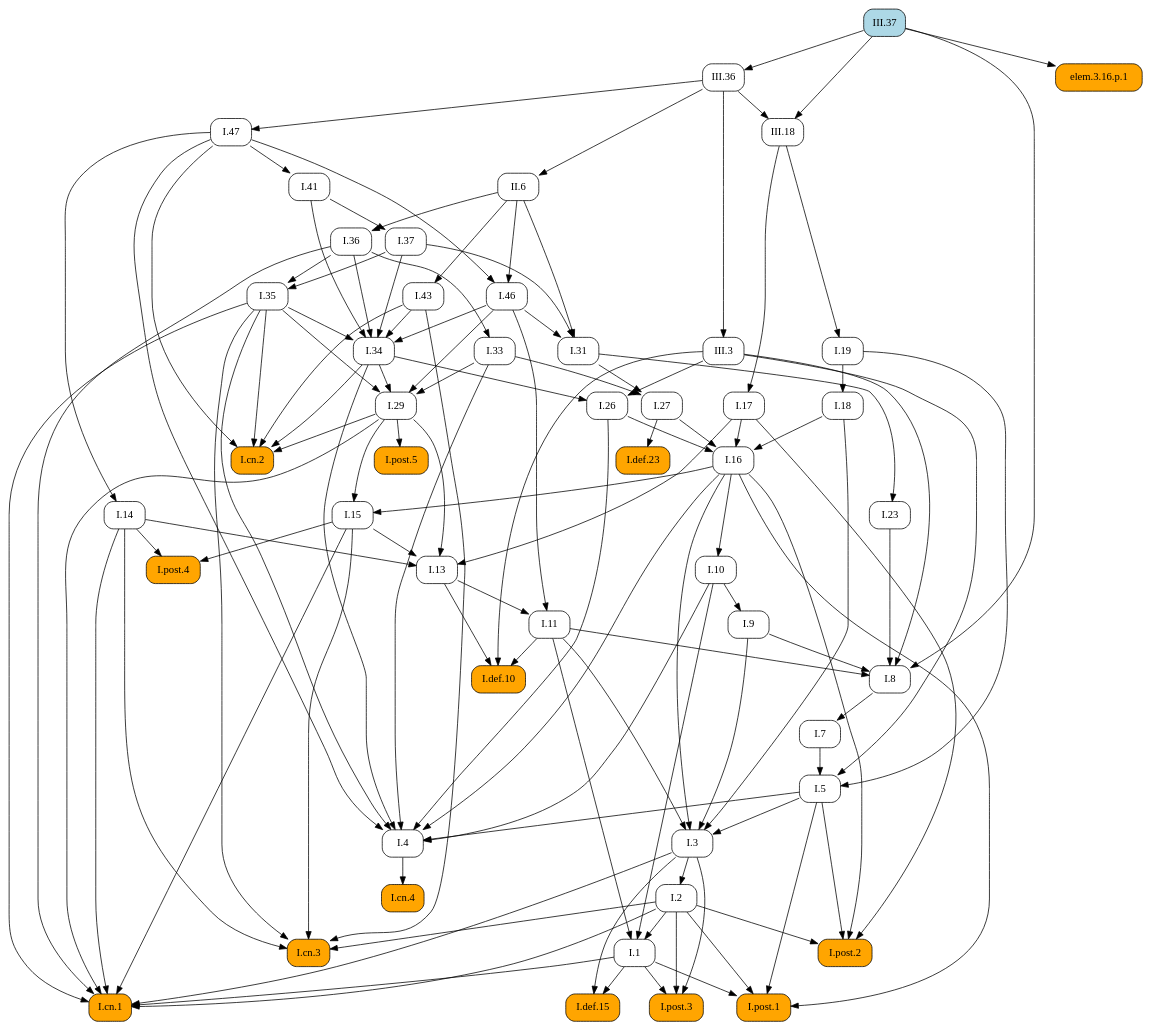
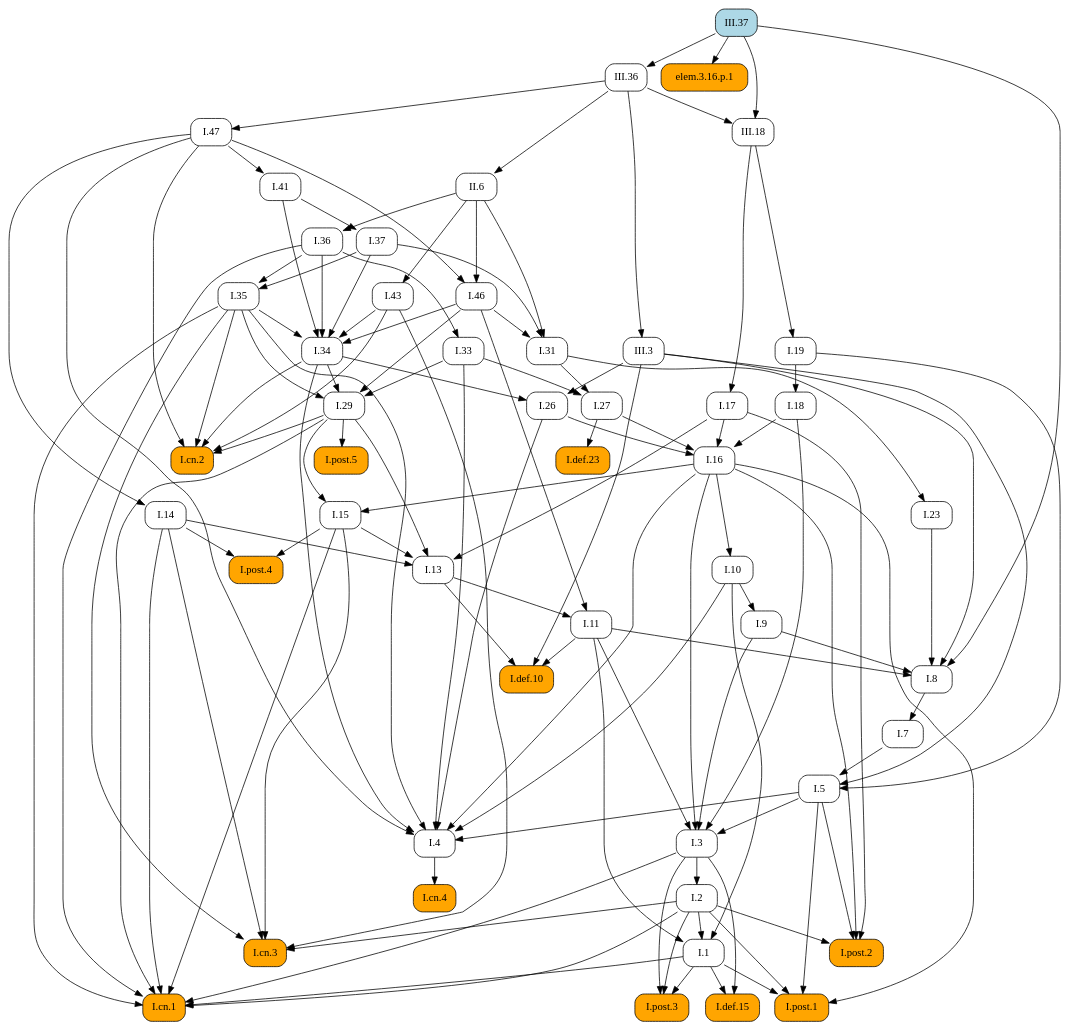
The diagram in docsrc/heath/III/37/index.rst (geometor/elements), drawn with Graphviz before and after one commit. The commit also changed other lines of this file and 1029 other files, not shown here.

```diff
--- a/docsrc/heath/III/37/index.rst
+++ b/docsrc/heath/III/37/index.rst
@@ -71,119 +71,127 @@
    digraph {
      rankdir="TB";
      node [shape=box, style=rounded];
+     "I.def.10" [style="rounded,filled", fillcolor=orange, URL="/heath/I/def.10/", target="_top"];
+     "I.11" [URL="/heath/I/11/", target="_top"];
+     "I.post.4" [style="rounded,filled", fillcolor=orange, URL="/heath/I/post.4/", target="_top"];
+     "I.1" [URL="/heath/I/1/", target="_top"];
+     "I.26" [URL="/heath/I/26/", target="_top"];
+     "I.29" [URL="/heath/I/29/", target="_top"];
+     "I.cn.2" [style="rounded,filled", fillcolor=orange, URL="/heath/I/cn.2/", target="_top"];
+     "I.18" [URL="/heath/I/18/", target="_top"];
+     "I.47" [URL="/heath/I/47/", target="_top"];
+     "I.def.15" [style="rounded,filled", fillcolor=orange, URL="/heath/I/def.15/", target="_top"];
+     "I.post.3" [style="rounded,filled", fillcolor=orange, URL="/heath/I/post.3/", target="_top"];
+     "I.cn.1" [style="rounded,filled", fillcolor=orange, URL="/heath/I/cn.1/", target="_top"];
      "I.cn.3" [style="rounded,filled", fillcolor=orange, URL="/heath/I/cn.3/", target="_top"];
+     "III.36" [URL="/heath/III/36/", target="_top"];
+     "I.14" [URL="/heath/I/14/", target="_top"];
+     "I.23" [URL="/heath/I/23/", target="_top"];
+     "I.43" [URL="/heath/I/43/", target="_top"];
+     "elem.3.16.p.1" [style="rounded,filled", fillcolor=orange];
+     "I.post.1" [style="rounded,filled", fillcolor=orange, URL="/heath/I/post.1/", target="_top"];
+     "I.35" [URL="/heath/I/35/", target="_top"];
+     "I.41" [URL="/heath/I/41/", target="_top"];
+     "I.36" [URL="/heath/I/36/", target="_top"];
+     "I.46" [URL="/heath/I/46/", target="_top"];
+     "I.27" [URL="/heath/I/27/", target="_top"];
      "I.7" [URL="/heath/I/7/", target="_top"];
-     "I.29" [URL="/heath/I/29/", target="_top"];
-     "I.27" [URL="/heath/I/27/", target="_top"];
+     "I.34" [URL="/heath/I/34/", target="_top"];
+     "I.3" [URL="/heath/I/3/", target="_top"];
      "I.37" [URL="/heath/I/37/", target="_top"];
+     "I.2" [URL="/heath/I/2/", target="_top"];
+     "I.4" [URL="/heath/I/4/", target="_top"];
      "I.def.23" [style="rounded,filled", fillcolor=orange, URL="/heath/I/def.23/", target="_top"];
-     "I.34" [URL="/heath/I/34/", target="_top"];
+     "II.6" [URL="/heath/II/6/", target="_top"];
+     "I.13" [URL="/heath/I/13/", target="_top"];
+     "I.17" [URL="/heath/I/17/", target="_top"];
+     "I.33" [URL="/heath/I/33/", target="_top"];
+     "I.post.2" [style="rounded,filled", fillcolor=orange, URL="/heath/I/post.2/", target="_top"];
+     "I.31" [URL="/heath/I/31/", target="_top"];
+     "I.16" [URL="/heath/I/16/", target="_top"];
+     "I.19" [URL="/heath/I/19/", target="_top"];
+     "III.3" [URL="/heath/III/3/", target="_top"];
+     "I.9" [URL="/heath/I/9/", target="_top"];
      "I.8" [URL="/heath/I/8/", target="_top"];
-     "I.9" [URL="/heath/I/9/", target="_top"];
-     "III.3" [URL="/heath/III/3/", target="_top"];
-     "I.post.4" [style="rounded,filled", fillcolor=orange, URL="/heath/I/post.4/", target="_top"];
-     "I.2" [URL="/heath/I/2/", target="_top"];
-     "I.def.15" [style="rounded,filled", fillcolor=orange, URL="/heath/I/def.15/", target="_top"];
-     "I.1" [URL="/heath/I/1/", target="_top"];
-     "III.36" [URL="/heath/III/36/", target="_top"];
-     "I.post.1" [style="rounded,filled", fillcolor=orange, URL="/heath/I/post.1/", target="_top"];
+     "III.37" [style="rounded,filled", fillcolor=lightblue, URL="/heath/III/37/", target="_top"];
+     "I.cn.4" [style="rounded,filled", fillcolor=orange, URL="/heath/I/cn.4/", target="_top"];
+     "I.15" [URL="/heath/I/15/", target="_top"];
+     "I.post.5" [style="rounded,filled", fillcolor=orange, URL="/heath/I/post.5/", target="_top"];
+     "I.10" [URL="/heath/I/10/", target="_top"];
      "III.18" [URL="/heath/III/18/", target="_top"];
-     "I.cn.4" [style="rounded,filled", fillcolor=orange, URL="/heath/I/cn.4/", target="_top"];
-     "I.26" [URL="/heath/I/26/", target="_top"];
-     "I.33" [URL="/heath/I/33/", target="_top"];
-     "I.19" [URL="/heath/I/19/", target="_top"];
-     "III.37" [style="rounded,filled", fillcolor=lightblue, URL="/heath/III/37/", target="_top"];
-     "elem.3.16.p.1" [style="rounded,filled", fillcolor=orange];
-     "I.23" [URL="/heath/I/23/", target="_top"];
-     "I.13" [URL="/heath/I/13/", target="_top"];
-     "I.cn.2" [style="rounded,filled", fillcolor=orange, URL="/heath/I/cn.2/", target="_top"];
      "I.5" [URL="/heath/I/5/", target="_top"];
-     "I.11" [URL="/heath/I/11/", target="_top"];
-     "I.10" [URL="/heath/I/10/", target="_top"];
-     "I.4" [URL="/heath/I/4/", target="_top"];
-     "I.3" [URL="/heath/I/3/", target="_top"];
-     "I.16" [URL="/heath/I/16/", target="_top"];
-     "I.31" [URL="/heath/I/31/", target="_top"];
-     "I.43" [URL="/heath/I/43/", target="_top"];
-     "I.def.10" [style="rounded,filled", fillcolor=orange, URL="/heath/I/def.10/", target="_top"];
-     "I.46" [URL="/heath/I/46/", target="_top"];
-     "I.post.2" [style="rounded,filled", fillcolor=orange, URL="/heath/I/post.2/", target="_top"];
-     "I.post.3" [style="rounded,filled", fillcolor=orange, URL="/heath/I/post.3/", target="_top"];
-     "I.post.5" [style="rounded,filled", fillcolor=orange, URL="/heath/I/post.5/", target="_top"];
-     "I.14" [URL="/heath/I/14/", target="_top"];
-     "I.36" [URL="/heath/I/36/", target="_top"];
-     "II.6" [URL="/heath/II/6/", target="_top"];
-     "I.35" [URL="/heath/I/35/", target="_top"];
-     "I.47" [URL="/heath/I/47/", target="_top"];
-     "I.15" [URL="/heath/I/15/", target="_top"];
-     "I.17" [URL="/heath/I/17/", target="_top"];
-     "I.cn.1" [style="rounded,filled", fillcolor=orange, URL="/heath/I/cn.1/", target="_top"];
-     "I.18" [URL="/heath/I/18/", target="_top"];
-     "I.41" [URL="/heath/I/41/", target="_top"];
+     "I.11" -> "I.def.10";
+     "I.13" -> "I.def.10";
+     "III.3" -> "I.def.10";
+     "I.13" -> "I.11";
+     "I.46" -> "I.11";
+     "I.14" -> "I.post.4";
+     "I.15" -> "I.post.4";
+     "I.2" -> "I.1";
+     "I.10" -> "I.1";
+     "I.11" -> "I.1";
+     "I.34" -> "I.26";
+     "III.3" -> "I.26";
+     "I.33" -> "I.29";
+     "I.34" -> "I.29";
+     "I.35" -> "I.29";
+     "I.46" -> "I.29";
+     "I.29" -> "I.cn.2";
+     "I.34" -> "I.cn.2";
+     "I.35" -> "I.cn.2";
+     "I.43" -> "I.cn.2";
+     "I.47" -> "I.cn.2";
+     "I.19" -> "I.18";
+     "III.36" -> "I.47";
+     "I.1" -> "I.def.15";
+     "I.3" -> "I.def.15";
+     "I.1" -> "I.post.3";
+     "I.2" -> "I.post.3";
+     "I.3" -> "I.post.3";
+     "I.1" -> "I.cn.1";
+     "I.2" -> "I.cn.1";
+     "I.3" -> "I.cn.1";
+     "I.14" -> "I.cn.1";
+     "I.15" -> "I.cn.1";
+     "I.29" -> "I.cn.1";
+     "I.35" -> "I.cn.1";
+     "I.36" -> "I.cn.1";
      "I.2" -> "I.cn.3";
      "I.14" -> "I.cn.3";
      "I.15" -> "I.cn.3";
      "I.35" -> "I.cn.3";
      "I.43" -> "I.cn.3";
-     "I.8" -> "I.7";
-     "I.33" -> "I.29";
-     "I.34" -> "I.29";
-     "I.35" -> "I.29";
-     "I.46" -> "I.29";
+     "III.37" -> "III.36";
+     "I.47" -> "I.14";
+     "I.31" -> "I.23";
+     "II.6" -> "I.43";
+     "III.37" -> "elem.3.16.p.1";
+     "I.1" -> "I.post.1";
+     "I.2" -> "I.post.1";
+     "I.5" -> "I.post.1";
+     "I.16" -> "I.post.1";
+     "I.36" -> "I.35";
+     "I.37" -> "I.35";
+     "I.47" -> "I.41";
+     "II.6" -> "I.36";
+     "I.47" -> "I.46";
+     "II.6" -> "I.46";
      "I.31" -> "I.27";
      "I.33" -> "I.27";
-     "I.41" -> "I.37";
-     "I.27" -> "I.def.23";
+     "I.8" -> "I.7";
      "I.35" -> "I.34";
      "I.36" -> "I.34";
      "I.37" -> "I.34";
      "I.41" -> "I.34";
      "I.43" -> "I.34";
      "I.46" -> "I.34";
-     "I.9" -> "I.8";
-     "I.11" -> "I.8";
-     "I.23" -> "I.8";
-     "III.3" -> "I.8";
-     "III.37" -> "I.8";
-     "I.10" -> "I.9";
-     "III.36" -> "III.3";
-     "I.14" -> "I.post.4";
-     "I.15" -> "I.post.4";
+     "I.5" -> "I.3";
+     "I.9" -> "I.3";
+     "I.11" -> "I.3";
+     "I.16" -> "I.3";
+     "I.18" -> "I.3";
+     "I.41" -> "I.37";
      "I.3" -> "I.2";
-     "I.1" -> "I.def.15";
-     "I.3" -> "I.def.15";
-     "I.2" -> "I.1";
-     "I.10" -> "I.1";
-     "I.11" -> "I.1";
-     "III.37" -> "III.36";
-     "I.1" -> "I.post.1";
-     "I.2" -> "I.post.1";
-     "I.5" -> "I.post.1";
-     "I.16" -> "I.post.1";
-     "III.36" -> "III.18";
-     "III.37" -> "III.18";
-     "I.4" -> "I.cn.4";
-     "I.34" -> "I.26";
-     "III.3" -> "I.26";
-     "I.36" -> "I.33";
-     "III.18" -> "I.19";
-     "III.37" -> "elem.3.16.p.1";
-     "I.31" -> "I.23";
-     "I.14" -> "I.13";
-     "I.15" -> "I.13";
-     "I.17" -> "I.13";
-     "I.29" -> "I.13";
-     "I.29" -> "I.cn.2";
-     "I.34" -> "I.cn.2";
-     "I.35" -> "I.cn.2";
-     "I.43" -> "I.cn.2";
-     "I.47" -> "I.cn.2";
-     "I.7" -> "I.5";
-     "I.19" -> "I.5";
-     "III.3" -> "I.5";
-     "I.13" -> "I.11";
-     "I.46" -> "I.11";
-     "I.16" -> "I.10";
      "I.5" -> "I.4";
      "I.10" -> "I.4";
      "I.16" -> "I.4";
@@ -192,49 +200,41 @@
      "I.34" -> "I.4";
      "I.35" -> "I.4";
      "I.47" -> "I.4";
-     "I.5" -> "I.3";
-     "I.9" -> "I.3";
-     "I.11" -> "I.3";
-     "I.16" -> "I.3";
-     "I.18" -> "I.3";
+     "I.27" -> "I.def.23";
+     "III.36" -> "II.6";
+     "I.14" -> "I.13";
+     "I.15" -> "I.13";
+     "I.17" -> "I.13";
+     "I.29" -> "I.13";
+     "III.18" -> "I.17";
+     "I.36" -> "I.33";
+     "I.2" -> "I.post.2";
+     "I.5" -> "I.post.2";
+     "I.16" -> "I.post.2";
+     "I.17" -> "I.post.2";
+     "I.37" -> "I.31";
+     "I.46" -> "I.31";
+     "II.6" -> "I.31";
      "I.17" -> "I.16";
      "I.18" -> "I.16";
      "I.26" -> "I.16";
      "I.27" -> "I.16";
-     "I.37" -> "I.31";
-     "I.46" -> "I.31";
-     "II.6" -> "I.31";
-     "II.6" -> "I.43";
-     "I.11" -> "I.def.10";
-     "I.13" -> "I.def.10";
-     "III.3" -> "I.def.10";
-     "I.47" -> "I.46";
-     "II.6" -> "I.46";
-     "I.2" -> "I.post.2";
-     "I.5" -> "I.post.2";
-     "I.16" -> "I.post.2";
-     "I.17" -> "I.post.2";
-     "I.1" -> "I.post.3";
-     "I.2" -> "I.post.3";
-     "I.3" -> "I.post.3";
-     "I.29" -> "I.post.5";
-     "I.47" -> "I.14";
-     "II.6" -> "I.36";
-     "III.36" -> "II.6";
-     "I.36" -> "I.35";
-     "I.37" -> "I.35";
-     "III.36" -> "I.47";
+     "III.18" -> "I.19";
+     "III.36" -> "III.3";
+     "I.10" -> "I.9";
+     "I.9" -> "I.8";
+     "I.11" -> "I.8";
+     "I.23" -> "I.8";
+     "III.3" -> "I.8";
+     "III.37" -> "I.8";
+     "I.4" -> "I.cn.4";
      "I.16" -> "I.15";
      "I.29" -> "I.15";
-     "III.18" -> "I.17";
-     "I.1" -> "I.cn.1";
-     "I.2" -> "I.cn.1";
-     "I.3" -> "I.cn.1";
-     "I.14" -> "I.cn.1";
-     "I.15" -> "I.cn.1";
-     "I.29" -> "I.cn.1";
-     "I.35" -> "I.cn.1";
-     "I.36" -> "I.cn.1";
-     "I.19" -> "I.18";
-     "I.47" -> "I.41";
+     "I.29" -> "I.post.5";
+     "I.16" -> "I.10";
+     "III.36" -> "III.18";
+     "III.37" -> "III.18";
+     "I.7" -> "I.5";
+     "I.19" -> "I.5";
+     "III.3" -> "I.5";
    }
```
